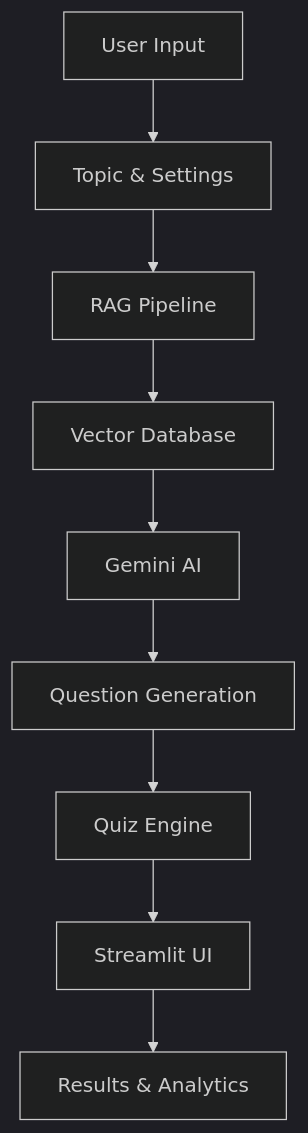
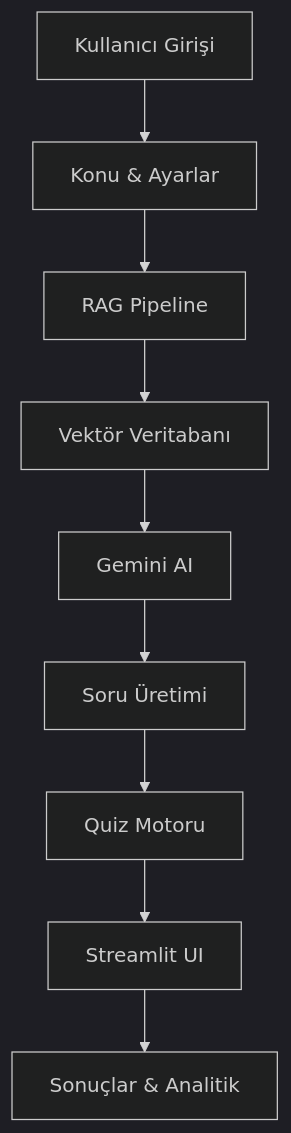
The diagram in README.md (DoubleHift/AKBANK_AI_Bootcamp), drawn with Mermaid (dark theme) before and after one commit. The commit also changed other lines of this file, not shown here.

````diff
--- a/README.md
+++ b/README.md
@@ -48,11 +48,11 @@
 ```mermaid
 graph TB
-    A[User Input] --> B[Topic & Settings]
+    A[Kullanıcı Girişi] --> B[Konu & Ayarlar]
     B --> C[RAG Pipeline]
-    C --> D[Vector Database]
+    C --> D[Vektör Veritabanı]
     D --> E[Gemini AI]
-    E --> F[Question Generation]
-    F --> G[Quiz Engine]
+    E --> F[Soru Üretimi]
+    F --> G[Quiz Motoru]
     G --> H[Streamlit UI]
-    H --> I[Results & Analytics]
+    H --> I[Sonuçlar & Analitik]
 ```
````
